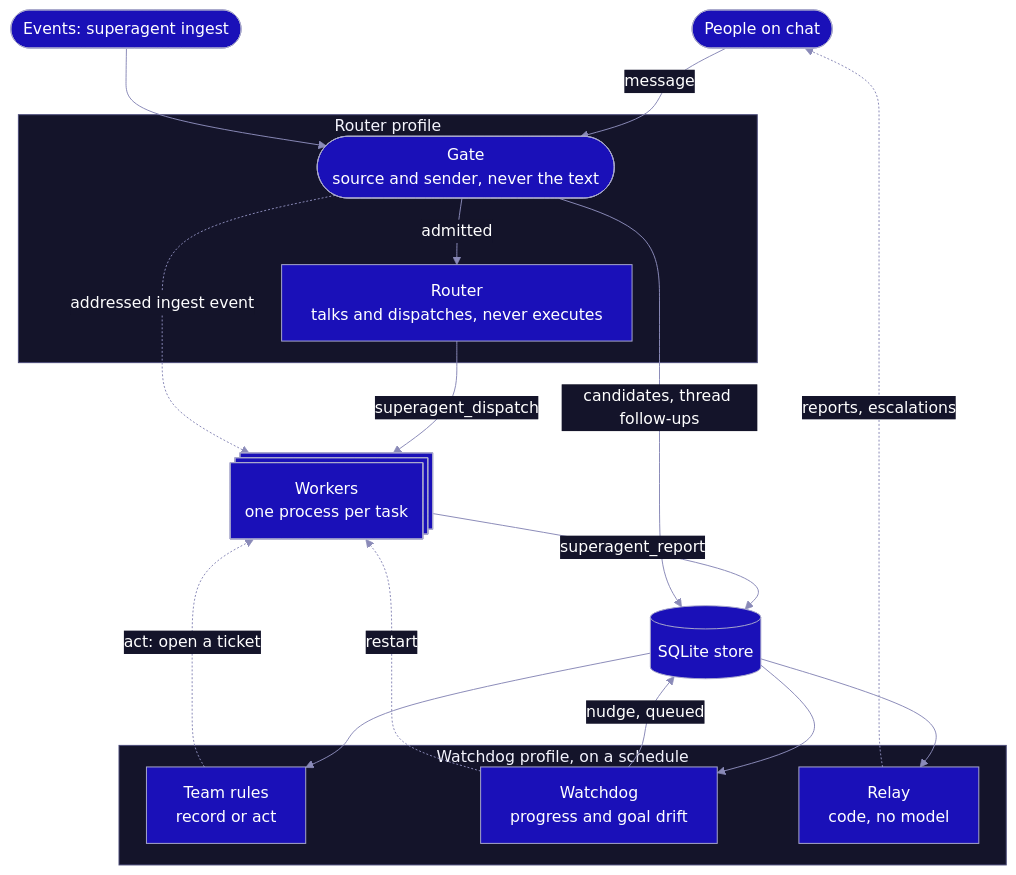
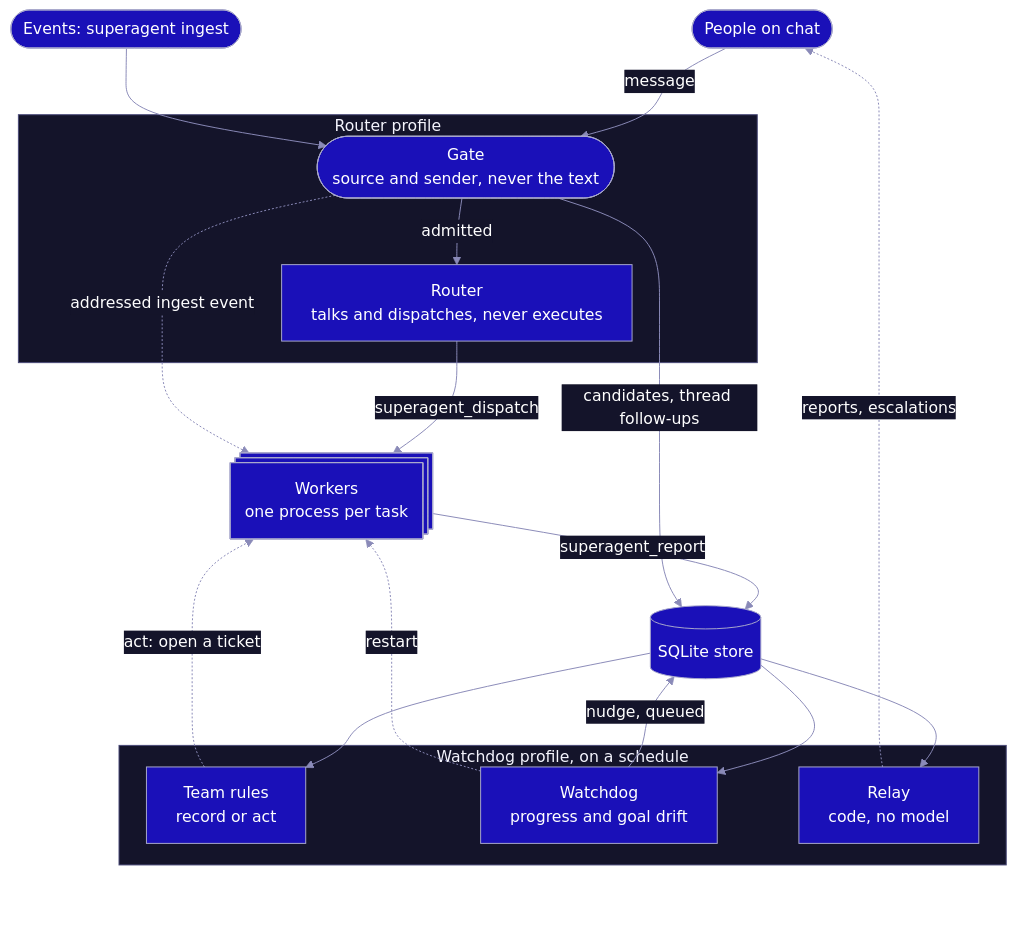
The first of 3 diagrams in README.md (AirKyzzZ/hermes-superagent), drawn with Mermaid before and after one commit. The commit also changed other lines of this file, not shown here.

Commit message:
docs: keep diagram labels clear of github controls

````diff
--- a/README.md
+++ b/README.md
@@ -49,35 +49,39 @@
 ```mermaid
 %%{init: {"theme":"base","layout":"dagre","flowchart":{"wrappingWidth":420,"nodeSpacing":36,"rankSpacing":44},"themeVariables":{"primaryColor":"#1a10b8","primaryTextColor":"#ffffff","primaryBorderColor":"#a9a9cc","lineColor":"#8a8ab8","textColor":"#ffffff","clusterBkg":"#14142a","clusterBorder":"#4a4a78","titleColor":"#f4f4fd","edgeLabelBackground":"#14142a"}}}%%
 flowchart TB
     people(["People on chat"])
     events(["Events: superagent ingest"])
 
     subgraph routerProfile["Router profile"]
         gate(["Gate<br/>source and sender, never the text"])
         router["Router<br/>talks and dispatches, never executes"]
     end
 
     workers@{ shape: procs, label: "Workers<br/>one process per task" }
     store[("SQLite store")]
 
     subgraph watchdogProfile["Watchdog profile, on a schedule"]
         rules["Team rules<br/>record or act"]
         watchdog["Watchdog<br/>progress and goal drift"]
         relay["Relay<br/>code, no model"]
     end
 
     people -->|message| gate
     events --> gate
     gate -->|admitted| router
     router -->|superagent_dispatch| workers
     workers -->|superagent_report| store
     gate -->|"candidates, thread follow-ups"| store
     gate -.->|"addressed ingest event"| workers
     store --> rules
     store --> watchdog
     store --> relay
     rules -.->|"act: open a ticket"| workers
     watchdog -->|"nudge, queued"| store
     watchdog -.->|restart| workers
     relay -.->|"reports, escalations"| people
+
+    relay ~~~ controlsClearance[" "]
+    classDef invisible fill:none,stroke:none
+    class controlsClearance invisible
 ```
````
